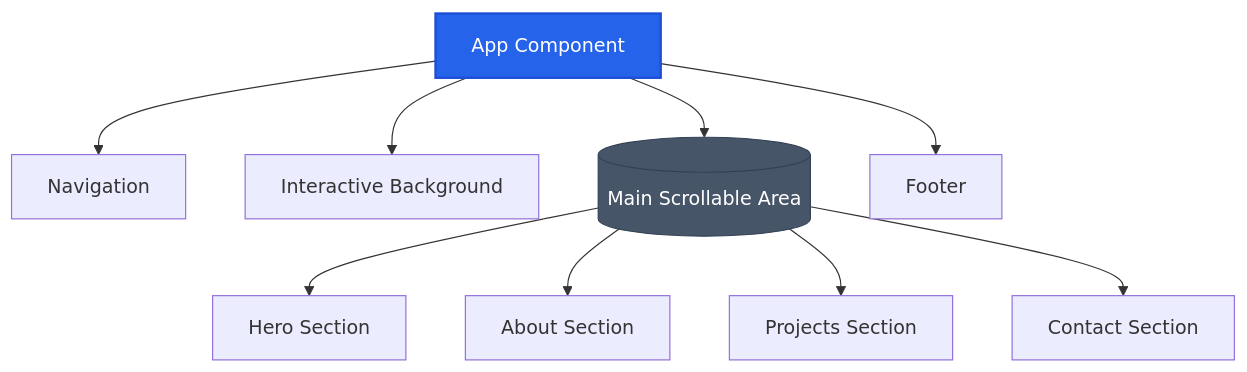
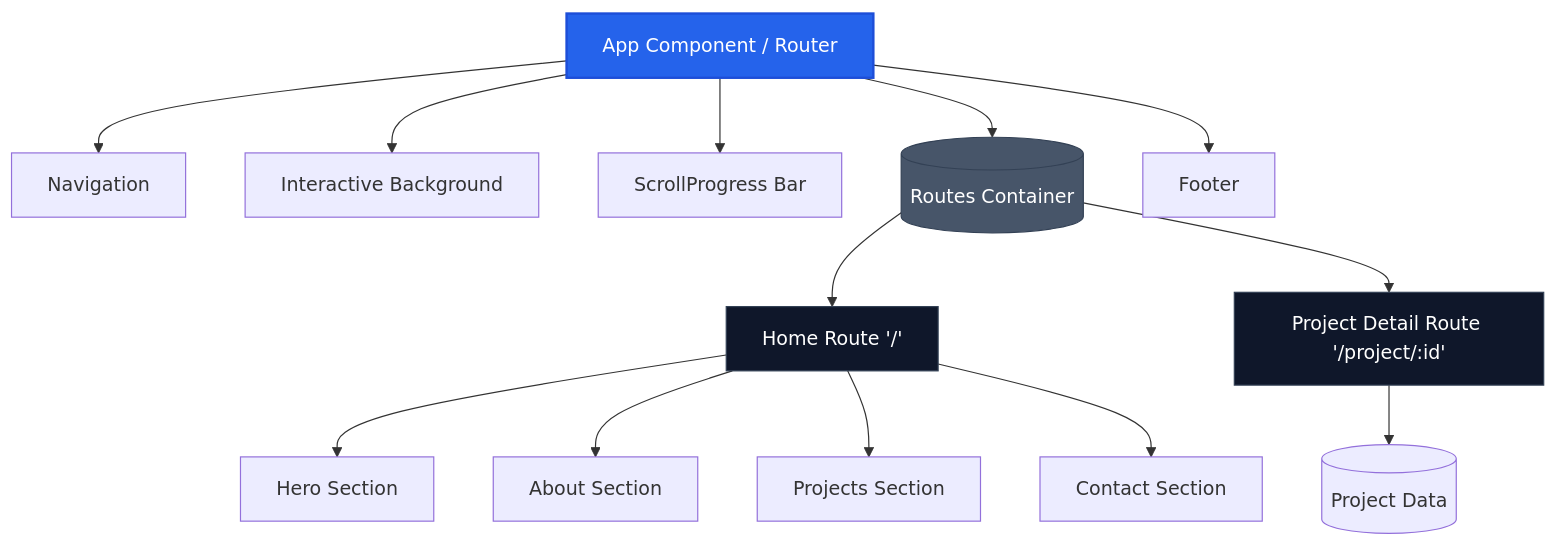
The first of 2 diagrams in README.md (coltonhatfield/Colton-Hatfield-Personal-Website), drawn with Mermaid before and after one commit. The commit also changed 1 other file, not shown here.

Commit message:
feat: Update README architecture diagrams
Refines the logical architecture diagram in the README to more accurately reflect the application's routing structure and the inclusion of a scroll progress bar. Also updates the resume PDF file.

````diff
--- a/README.md
+++ b/README.md
@@ -57,16 +57,24 @@
 ```mermaid
 flowchart TD
-    App[App Component] --> Nav[Navigation]
+    App[App Component / Router] --> Nav[Navigation]
     App --> BG[Interactive Background]
-    App --> MainContent[(Main Scrollable Area)]
+    App --> Scroll[ScrollProgress Bar]
+    App --> MainContent[(Routes Container)]
     
-    MainContent --> Hero[Hero Section]
-    MainContent --> About[About Section]
-    MainContent --> Projects[Projects Section]
-    MainContent --> Contact[Contact Section]
+    MainContent --> Home[Home Route '/']
+    MainContent --> ProjDetail[Project Detail Route '/project/:id']
+    
+    Home --> Hero[Hero Section]
+    Home --> About[About Section]
+    Home --> Projects[Projects Section]
+    Home --> Contact[Contact Section]
+    
+    ProjDetail --> ProjectData[(Project Data)]
     
     App --> Footer[Footer]
     
     style App fill:#2563eb,stroke:#1d4ed8,stroke-width:2px,color:#fff
     style MainContent fill:#475569,stroke:#334155,color:#fff
+    style Home fill:#0f172a,stroke:#334155,color:#fff
+    style ProjDetail fill:#0f172a,stroke:#334155,color:#fff
 ```
````
